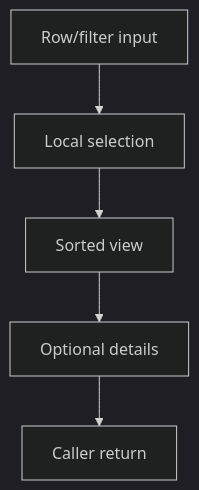
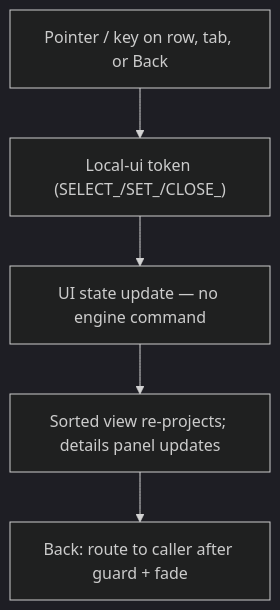
One commit to SunaNoOshiro/Heroes_Reforged_AI_Realms changed the third of 5 diagrams in docs/architecture/wiki/screens/57-high-scores/architecture.md. Above: the diagram before and after it, drawn with Mermaid (dark theme). The commit also changed other lines of this file and 518 other files, not shown here.

First line of the commit message:
Add doc-audit skill and sweep architecture/screen docs

````diff
--- a/docs/architecture/wiki/screens/57-high-scores/architecture.md
+++ b/docs/architecture/wiki/screens/57-high-scores/architecture.md
@@ -42,8 +47,7 @@
 ```mermaid
 flowchart TD
-  I0["Row/filter input"] --> I1
-  I1["Local selection"] --> I2
-  I2["Sorted view"] --> I3
-  I3["Optional details"] --> I4
-  I4["Caller return"]
+  I0["Pointer / key on row, tab, or Back"] --> I1["Local-ui token (SELECT_/SET_/CLOSE_)"]
+  I1 --> I2["UI state update — no engine command"]
+  I2 --> I3["Sorted view re-projects; details panel updates"]
+  I3 --> I4["Back: route to caller after guard + fade"]
 ```
````
